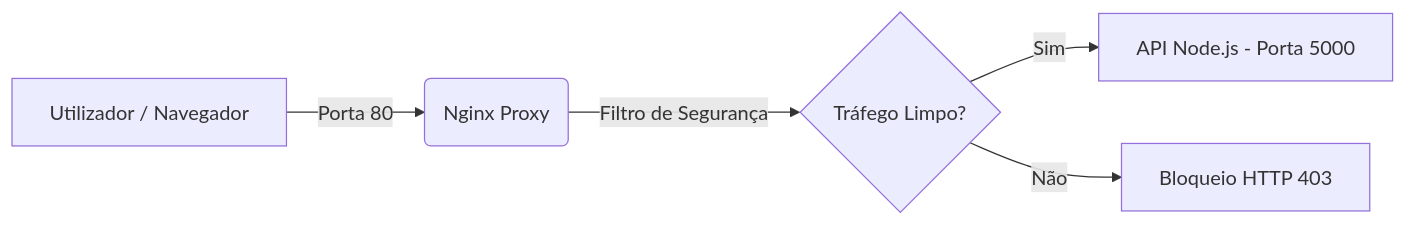
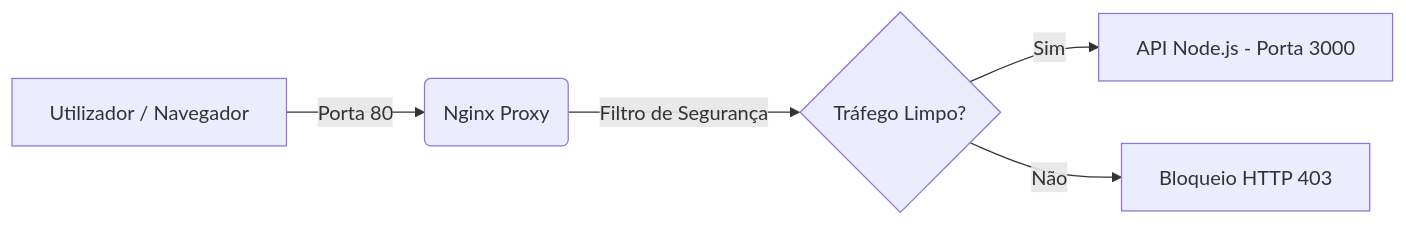
Before and after one commit to MauricioRomao/http-proxy: the diagram in README.md, drawn with Mermaid.

Commit message:
Update API port in README from 5000 to 3000

````diff
--- a/README.md
+++ b/README.md
@@ -15,7 +15,7 @@
 ```mermaid
 graph LR
     A[Utilizador / Navegador] -->|Porta 80| B(Nginx Proxy)
     B -->|Filtro de Segurança| C{Tráfego Limpo?}
-    C -->|Sim| D[API Node.js - Porta 5000]
+    C -->|Sim| D[API Node.js - Porta 3000]
     C -->|Não| E[Bloqueio HTTP 403]
 ```
````
